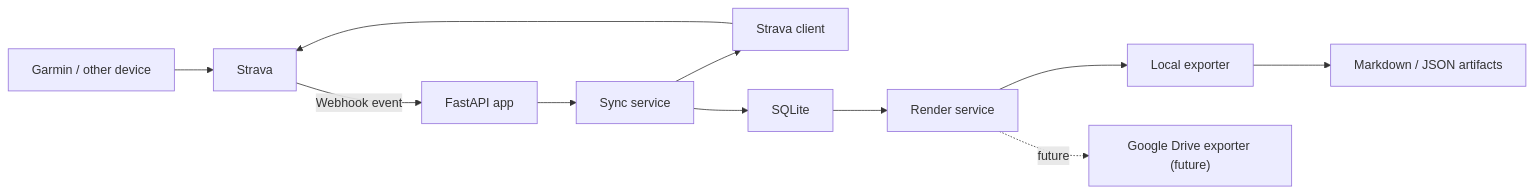
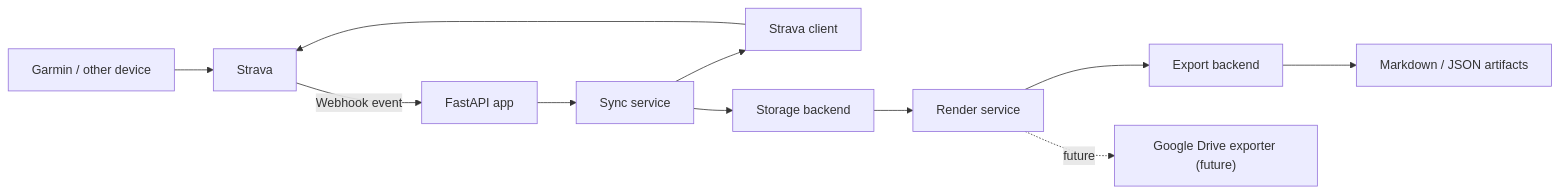
One commit to rodo1985/strava-activity-sync changed the first of 2 diagrams in docs/architecture.md. Above: the diagram before and after it, drawn with Mermaid. The commit also changed other lines of this file and 27 other files, not shown here.

````diff
--- a/docs/architecture.md
+++ b/docs/architecture.md
@@ -7,13 +7,13 @@
 ```mermaid
 flowchart LR
     Garmin["Garmin / other device"] --> Strava["Strava"]
     Strava -->|Webhook event| App["FastAPI app"]
     App --> Sync["Sync service"]
     Sync --> Client["Strava client"]
     Client --> Strava
-    Sync --> DB["SQLite"]
-    DB --> Render["Render service"]
-    Render --> Export["Local exporter"]
+    Sync --> Store["Storage backend"]
+    Store --> Render["Render service"]
+    Render --> Export["Export backend"]
     Export --> Files["Markdown / JSON artifacts"]
     Render -.future.-> Drive["Google Drive exporter (future)"]
 ```
````
